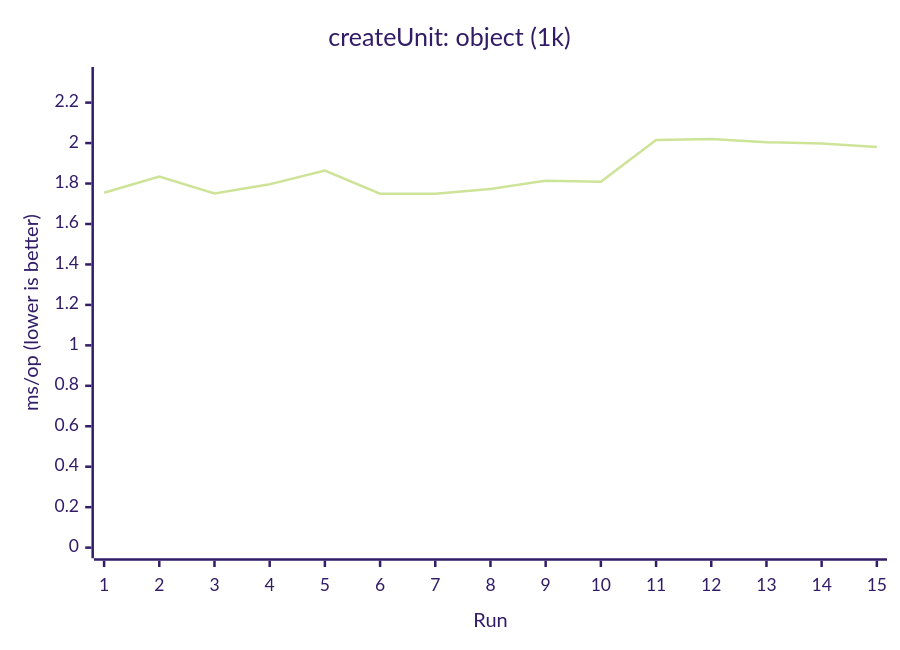
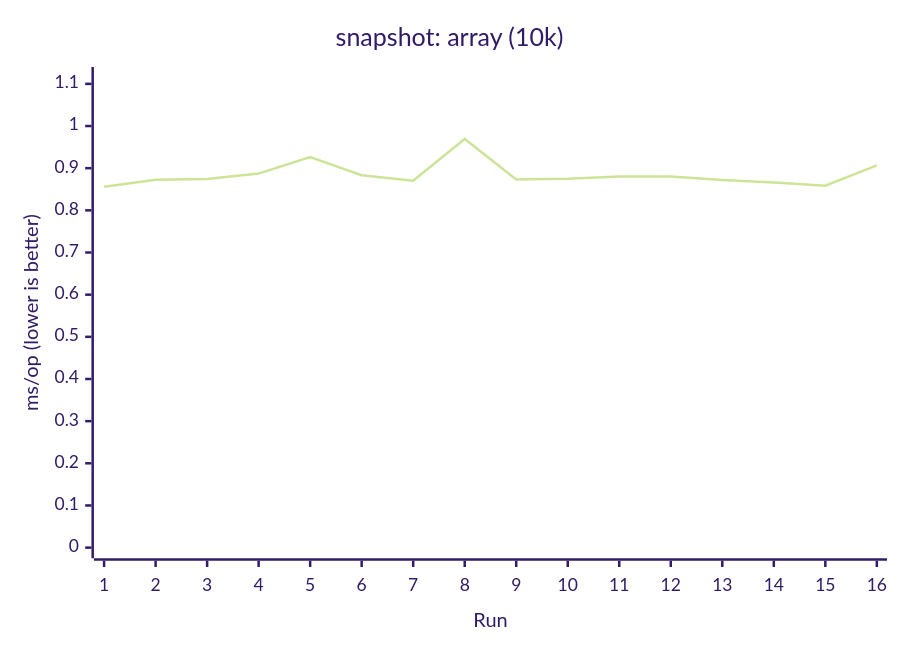
One commit to AIluffy/io changed diagram 11 of 17 in apps/docs/src/content/docs/en/guides/benchmark.mdx. Above: the diagram before and after it, drawn with Mermaid (forest theme). The commit also changed other lines of this file and 25 other files, not shown here.

````diff
--- a/apps/docs/src/content/docs/en/guides/benchmark.mdx
+++ b/apps/docs/src/content/docs/en/guides/benchmark.mdx
@@ -343,7 +330,7 @@
 ```mermaid
 xychart-beta
-  title "createUnit: object (1k)"
-  x-axis "Run" [1, 2, 3, 4, 5, 6, 7, 8, 9, 10, 11, 12, 13, 14, 15]
-  y-axis "ms/op (lower is better)" 0 --> 2.3236
-  line [1.7544, 1.8351, 1.7504, 1.7963, 1.8644, 1.7495, 1.7498, 1.7729, 1.8142, 1.8094, 2.0156, 2.0205, 2.0043, 1.9985, 1.9802]
+  title "snapshot: array (10k)"
+  x-axis "Run" [1, 2, 3, 4, 5, 6, 7, 8, 9, 10, 11, 12, 13, 14, 15, 16]
+  y-axis "ms/op (lower is better)" 0 --> 1.1148
+  line [0.8558, 0.8727, 0.8746, 0.8872, 0.9264, 0.8833, 0.8703, 0.9694, 0.8734, 0.8747, 0.8803, 0.8805, 0.8721, 0.8662, 0.8586, 0.9065]
 ```
````
